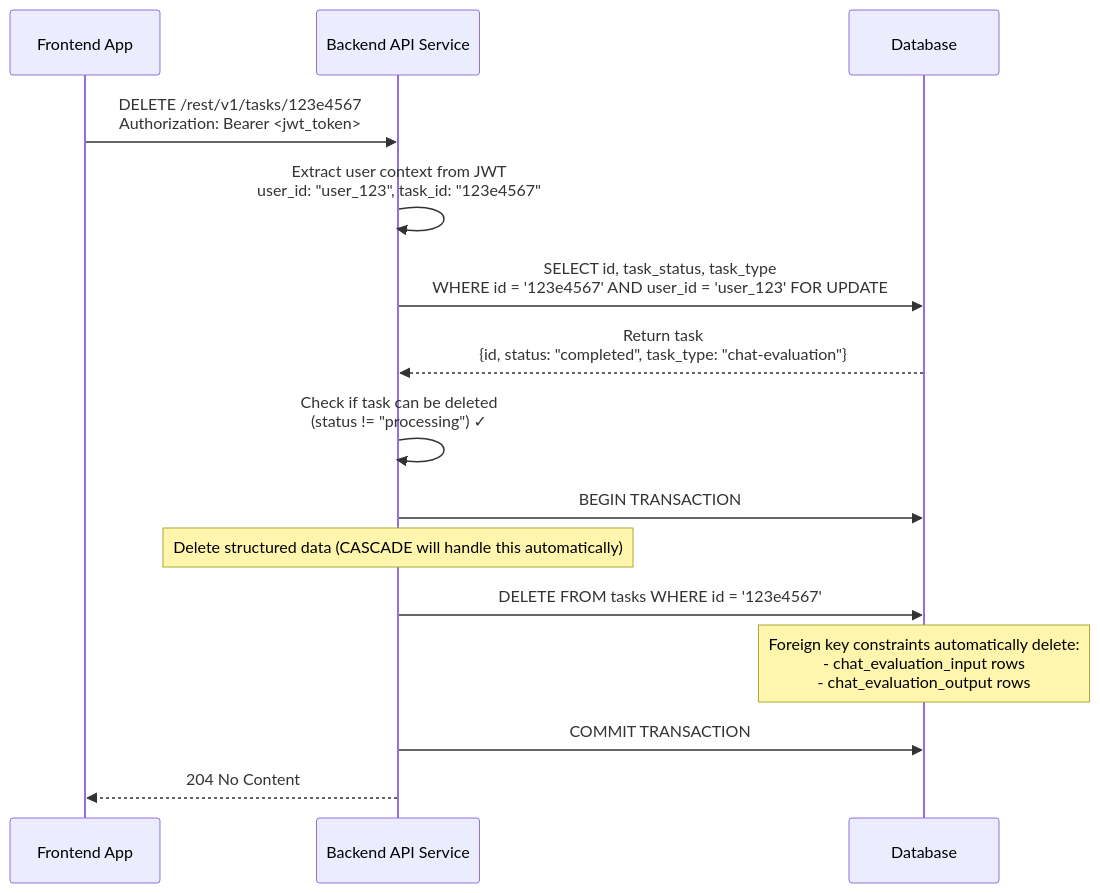
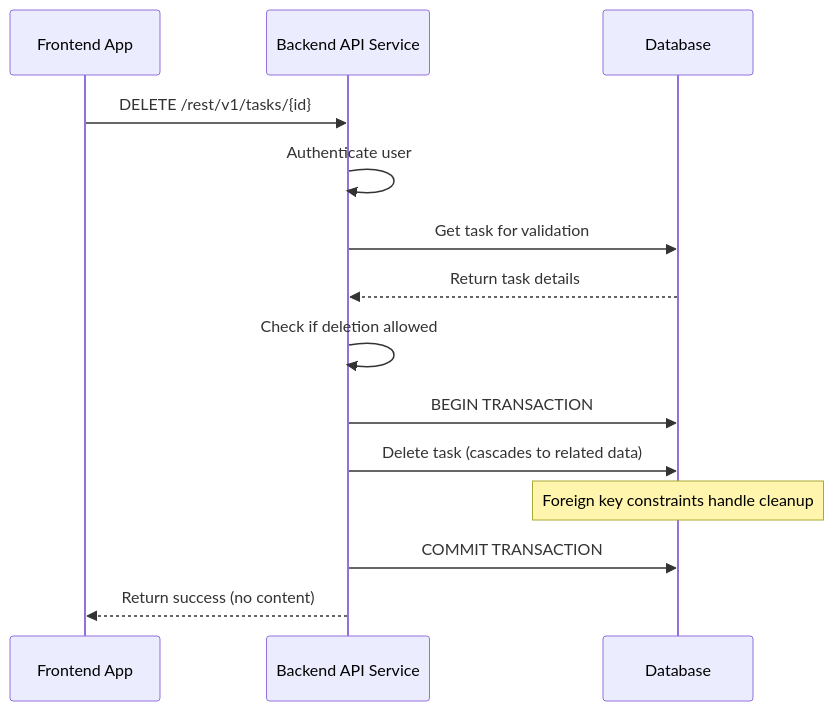
Before and after one commit to andrewhzy/SpringHttpClientDataJpaDemo: the eighth of 9 diagrams in docs/sequence-diagrams-api-handling.md, drawn with Mermaid. The commit also changed other lines of this file and 2 other files, not shown here.

Commit message:
Update API specification to reflect new maximum rows per sheet limit and enhance README with backend Java classes flow, clarifying component responsibilities for Excel file uploads and task management.

````diff
--- a/docs/sequence-diagrams-api-handling.md
+++ b/docs/sequence-diagrams-api-handling.md
@@ -216,23 +194,21 @@
 ```mermaid
 sequenceDiagram
     participant FE as Frontend App
     participant API as Backend API Service
     participant DB as Database
     
-    FE->>API: DELETE /rest/v1/tasks/123e4567<br/>Authorization: Bearer <jwt_token>
-    API->>API: Extract user context from JWT<br/>user_id: "user_123", task_id: "123e4567"
+    FE->>API: DELETE /rest/v1/tasks/{id}
+    API->>API: Authenticate user
     
-    API->>DB: SELECT id, task_status, task_type<br/>WHERE id = '123e4567' AND user_id = 'user_123' FOR UPDATE
-    DB-->>API: Return task<br/>{id, status: "completed", task_type: "chat-evaluation"}
+    API->>DB: Get task for validation
+    DB-->>API: Return task details
     
-    API->>API: Check if task can be deleted<br/>(status != "processing") ✓
+    API->>API: Check if deletion allowed
     
     API->>DB: BEGIN TRANSACTION
+    API->>DB: Delete task (cascades to related data)
+    Note over DB: Foreign key constraints handle cleanup
+    API->>DB: COMMIT TRANSACTION
     
-    Note over API: Delete structured data (CASCADE will handle this automatically)
-    API->>DB: DELETE FROM tasks WHERE id = '123e4567'
-    Note over DB: Foreign key constraints automatically delete:<br/>- chat_evaluation_input rows<br/>- chat_evaluation_output rows
-    
-    API->>DB: COMMIT TRANSACTION
-    API-->>FE: 204 No Content
+    API-->>FE: Return success (no content)
 ```
````
